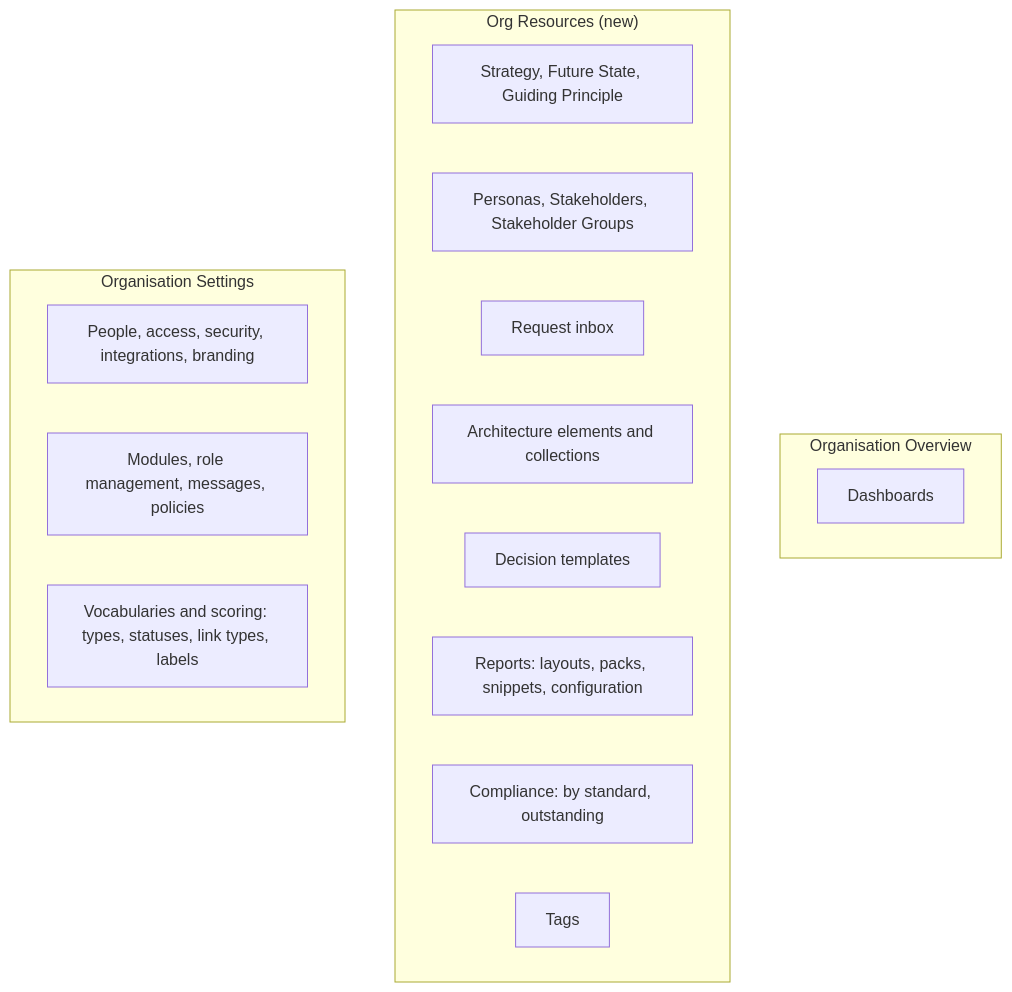
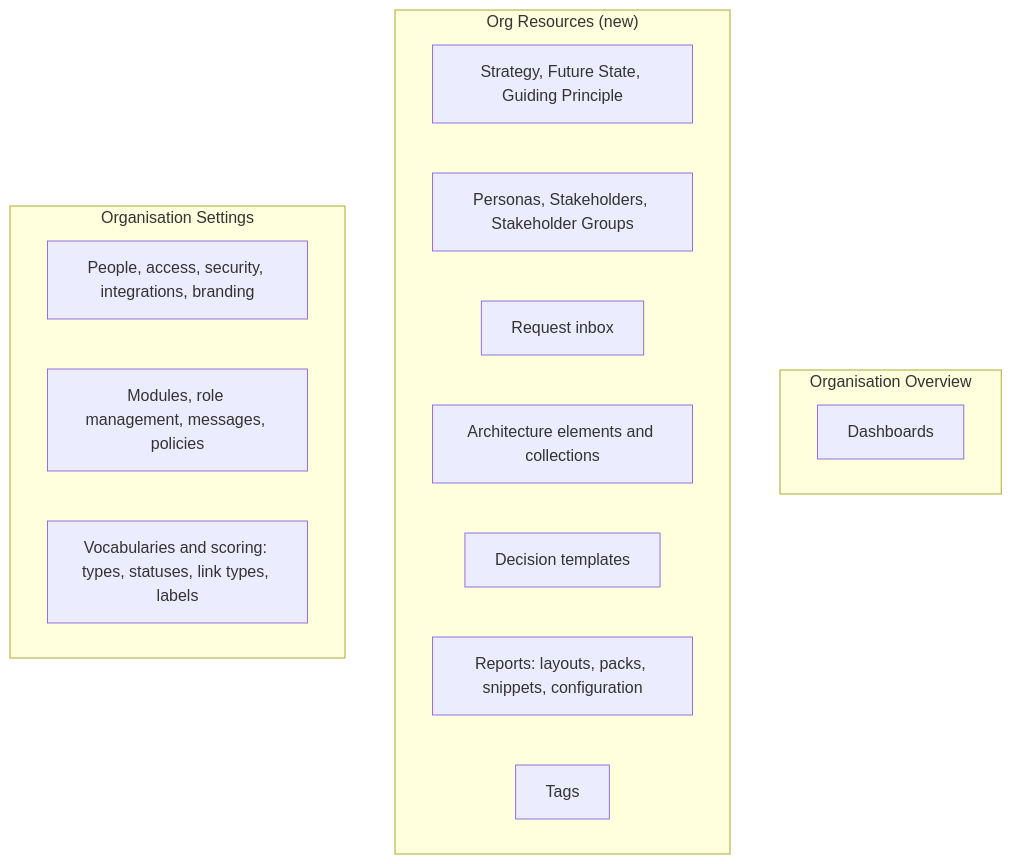
One commit to ballardr/reqtrackmanager changed the second of 2 diagrams in docs/plans/platform-review-2026-11-19-org-resources-register.md. Above: the diagram before and after it, drawn with Mermaid. The commit also changed other lines of this file and 40 other files, not shown here.

````diff
--- a/docs/plans/platform-review-2026-11-19-org-resources-register.md
+++ b/docs/plans/platform-review-2026-11-19-org-resources-register.md
@@ -72,21 +72,20 @@
 ```mermaid
 flowchart TB
     subgraph OV["Organisation Overview"]
         D["Dashboards"]
     end
     subgraph RS["Org Resources (new)"]
         R1["Strategy, Future State, Guiding Principle"]
         R2["Personas, Stakeholders, Stakeholder Groups"]
         R3["Request inbox"]
         R4["Architecture elements and collections"]
         R5["Decision templates"]
         R6["Reports: layouts, packs, snippets, configuration"]
-        R7["Compliance: by standard, outstanding"]
         R8["Tags"]
     end
     subgraph ST["Organisation Settings"]
         S1["People, access, security, integrations, branding"]
         S2["Modules, role management, messages, policies"]
         S3["Vocabularies and scoring: types, statuses, link types, labels"]
     end
 ```
````
